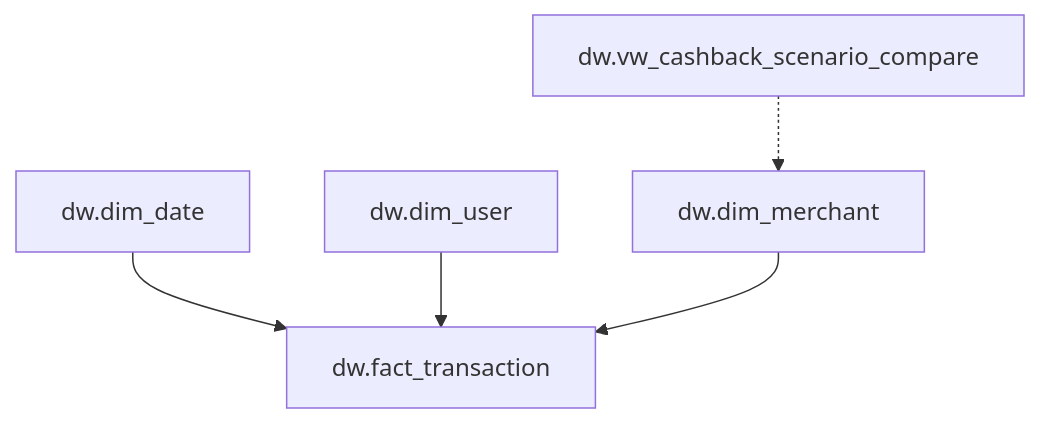
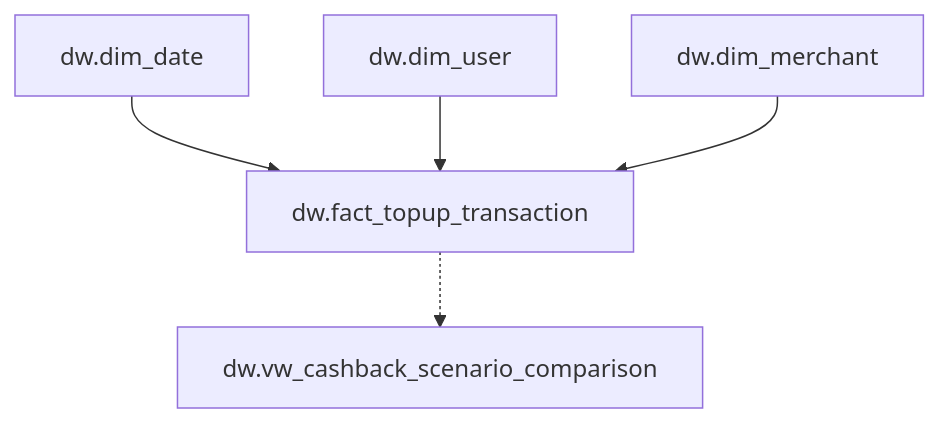
The second of 2 diagrams in README.md (TienPhap0102/05_MoMo-Mobile-Topup-Performance-Cashback-Strategy-Analysis), drawn with Mermaid before and after one commit. The commit also changed other lines of this file, not shown here.

````diff
--- a/README.md
+++ b/README.md
@@ -324,7 +328,7 @@
 ```mermaid
 flowchart TB
-    DD[dw.dim_date] --> FT[dw.fact_transaction]
+    DD[dw.dim_date] --> FT[dw.fact_topup_transaction]
     DU[dw.dim_user] --> FT
     DM[dw.dim_merchant] --> FT
-    SP[dw.vw_cashback_scenario_compare] -.-> DM[dw.dim_merchant]
+    FT -.-> SP[dw.vw_cashback_scenario_comparison]
 ```
````
